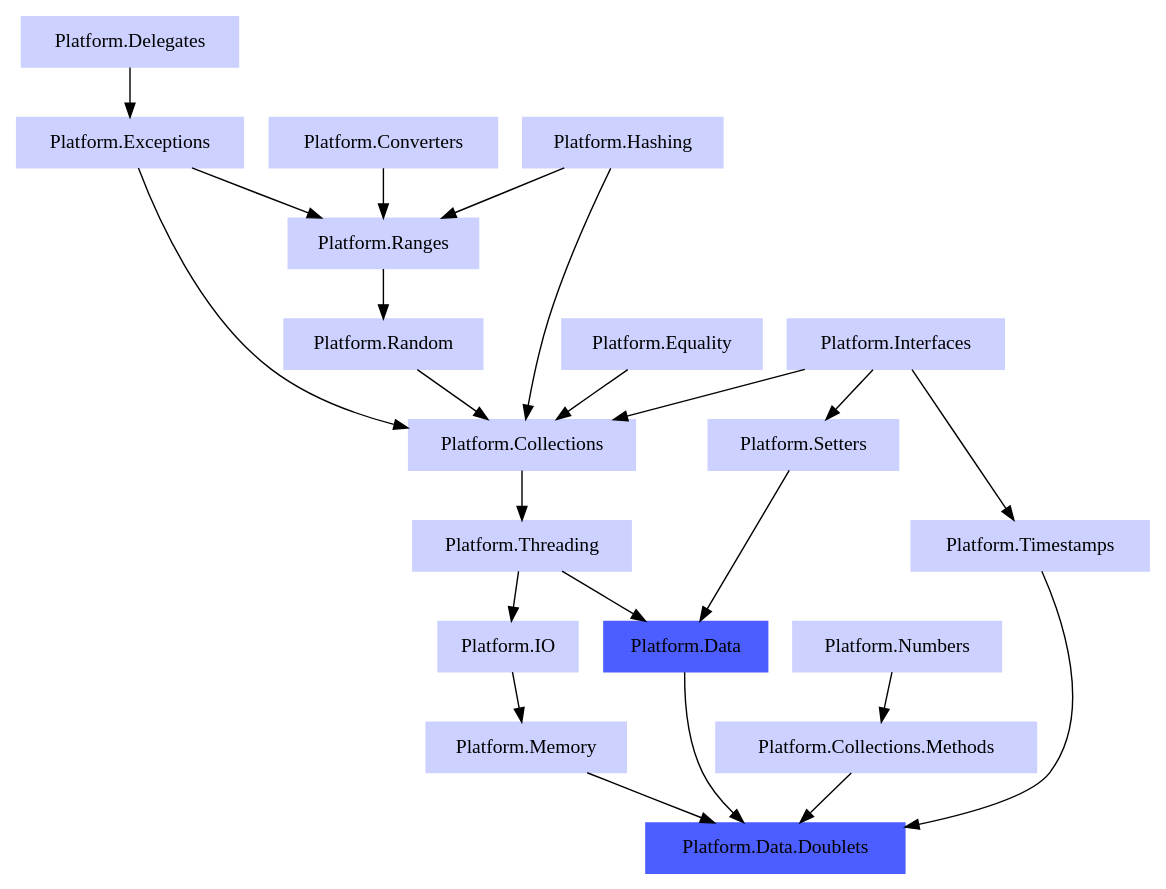
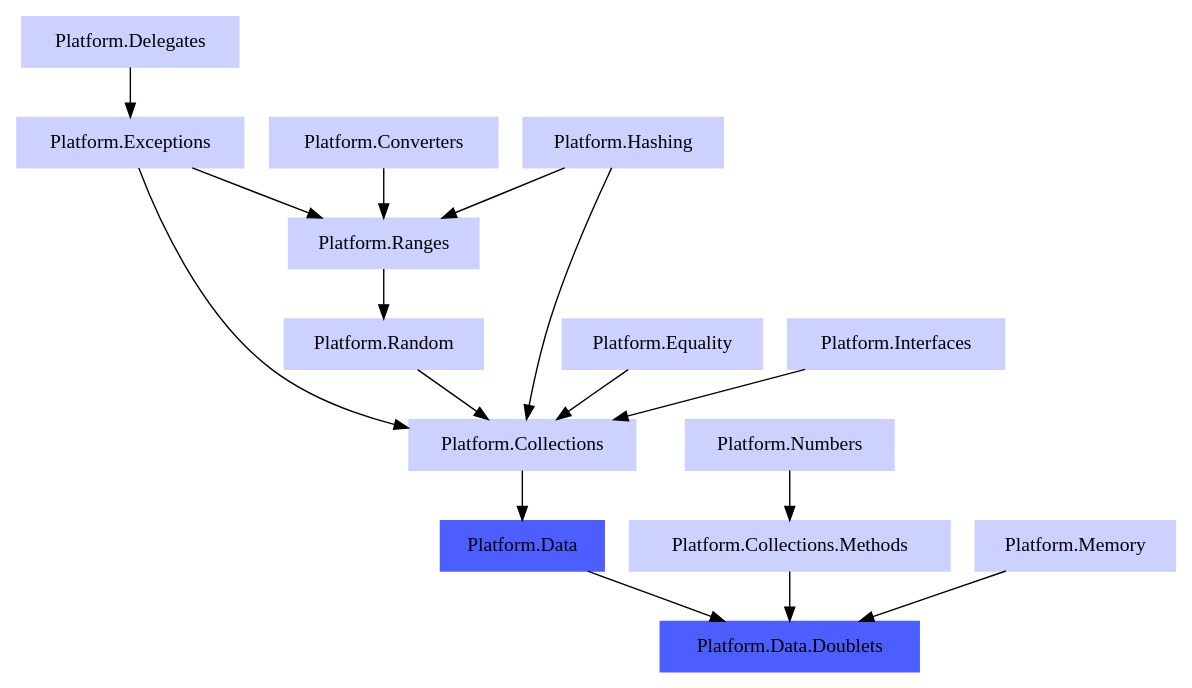
The diagram in doc/Dependencies/Platform.Data.Doublets.cpp.dot (linksplatform/Documentation), drawn with Graphviz before and after one commit.

Commit message:
Update .dot c++ deps

```diff
--- a/doc/Dependencies/Platform.Data.Doublets.cpp.dot
+++ b/doc/Dependencies/Platform.Data.Doublets.cpp.dot
@@ -1,58 +1,41 @@
 digraph PlatformDataDoubletsDependencies 
 {
   node [style=filled, color="0.650 0.200 1.000", shape="rectangle"]
 
 
   "Platform.Delegates" -> "Platform.Exceptions" 
-   
-  "Platform.Threading" -> "Platform.IO"
-
-  "Platform.Collections" -> "Platform.Threading"
 
   "Platform.Numbers" -> "Platform.Collections.Methods"
 
   "Platform.Ranges" -> "Platform.Random"
 
-  "Platform.Interfaces" -> "Platform.Timestamps"
-
-  "Platform.Interfaces" -> "Platform.Setters"
-
-  "Platform.IO" -> "Platform.Memory"
-
-  "Platform.Threading" -> "Platform.Data"
-  "Platform.Setters" -> "Platform.Data"
-
   "Platform.Exceptions" -> "Platform.Ranges"
   "Platform.Converters" -> "Platform.Ranges"
   "Platform.Hashing" -> "Platform.Ranges"
   
-  "Platform.Timestamps" -> "Platform.Data.Doublets"
+  "Platform.Collections" -> "Platform.Data"
   "Platform.Collections.Methods" -> "Platform.Data.Doublets"
   "Platform.Memory" -> "Platform.Data.Doublets"
   "Platform.Data" -> "Platform.Data.Doublets"
 
   "Platform.Random" -> "Platform.Collections"
   "Platform.Hashing" -> "Platform.Collections"
   "Platform.Equality" -> "Platform.Collections"
   "Platform.Interfaces" -> "Platform.Collections"
   "Platform.Exceptions" -> "Platform.Collections"
 
   "Platform.Hashing" [href="https://github.com/linksplatform/Hashing"]
   "Platform.Equality" [href="https://github.com/linksplatform/Equality"]
   "Platform.Delegates" [href="https://github.com/linksplatform/Delegates"]
   "Platform.Exceptions" [href="https://github.com/linksplatform/Exceptions"]
   "Platform.Collections" [href="https://github.com/linksplatform/Collections"]
   "Platform.Converters" [href="https://github.com/linksplatform/Converters"]
   "Platform.Ranges" [href="https://github.com/linksplatform/Ranges"]
   "Platform.Interfaces" [href="https://github.com/linksplatform/Interfaces"]
-  "Platform.IO" [href="https://github.com/linksplatform/IO"]
-  "Platform.Threading" [href="https://github.com/linksplatform/Threading"]
   "Platform.Numbers" [href="https://github.com/linksplatform/Numbers"]
-  "Platform.Setters" [href="https://github.com/linksplatform/Setters"]
   "Platform.Random" [href="https://github.com/linksplatform/Random"]
-  "Platform.Timestamps" [href="https://github.com/linksplatform/Timestamps"]
   "Platform.Collections.Methods" [href="https://github.com/linksplatform/Collections.Methods"]
   "Platform.Memory" [href="https://github.com/linksplatform/Memory"]
   "Platform.Data" [color="0.650 0.700 1.000", href="https://github.com/linksplatform/Data"]
   "Platform.Data.Doublets" [color="0.650 0.700 1.000", style=filled, href="https://github.com/linksplatform/Data.Doublets"]
 }
```
